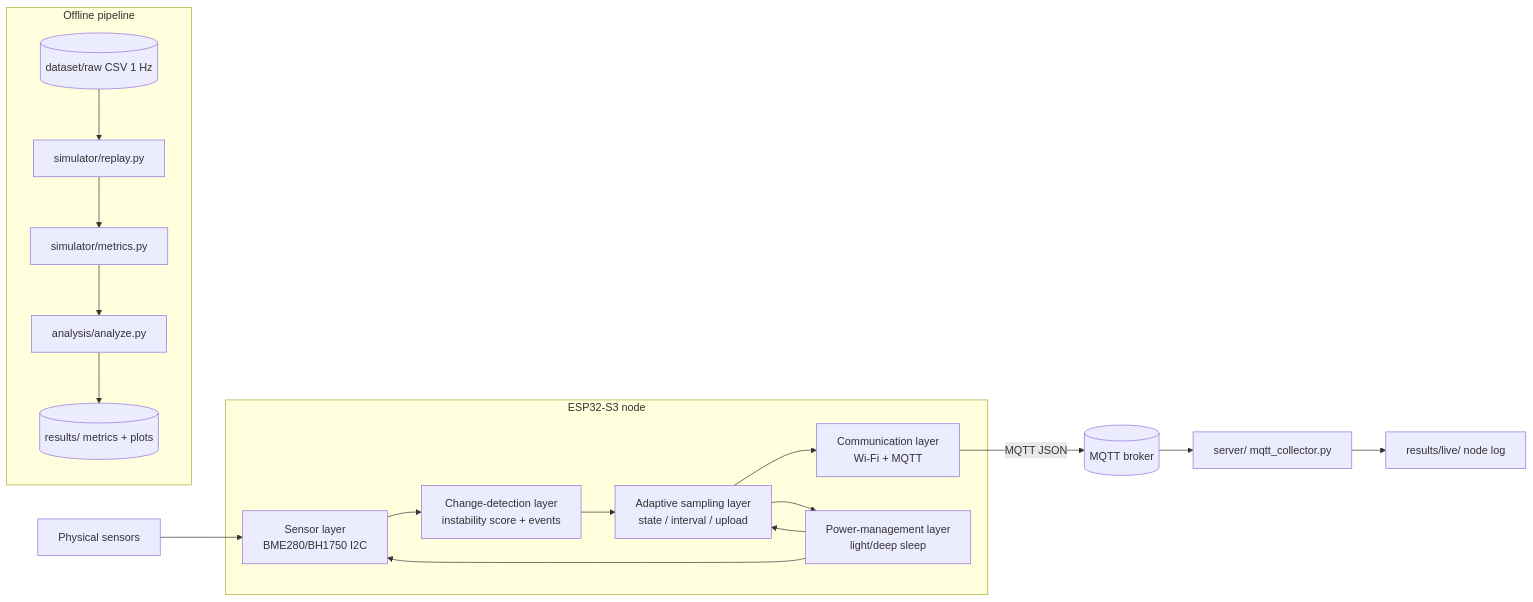
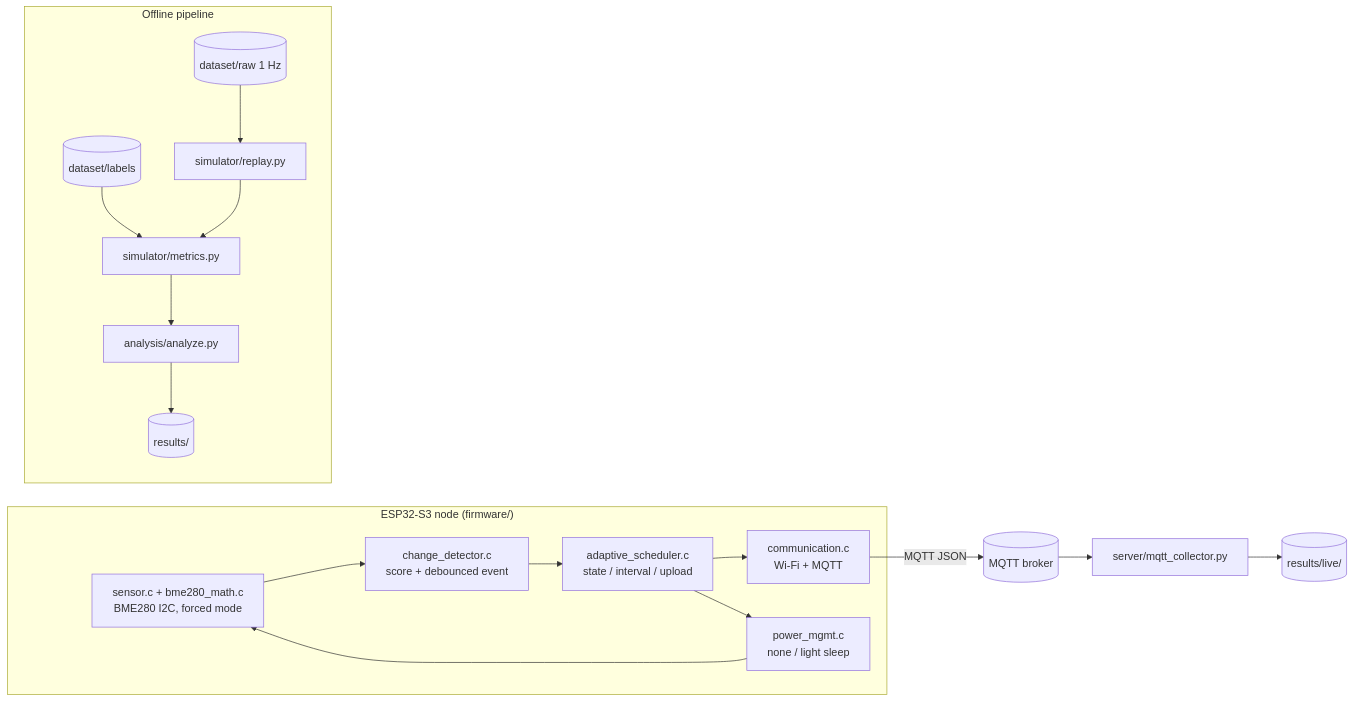
The diagram in docs/architecture.md (Sver0411/AdaptiveSense), drawn with Mermaid before and after one commit. The commit also changed other lines of this file and 118 other files, not shown here.

````diff
--- a/docs/architecture.md
+++ b/docs/architecture.md
@@ -16,22 +19,21 @@
 ```mermaid
 flowchart LR
-    subgraph Node["ESP32-S3 node"]
-        SEN[Sensor layer<br/>BME280/BH1750 I2C] --> CD[Change-detection layer<br/>instability score + events]
-        CD --> AS[Adaptive sampling layer<br/>state / interval / upload]
-        AS --> COMM[Communication layer<br/>Wi-Fi + MQTT]
-        AS --> PM[Power-management layer<br/>light/deep sleep]
+    subgraph Node["ESP32-S3 node (firmware/)"]
+        SEN["sensor.c + bme280_math.c<br/>BME280 I2C, forced mode"] --> CD["change_detector.c<br/>score + debounced event"]
+        CD --> AS["adaptive_scheduler.c<br/>state / interval / upload"]
+        AS --> COMM["communication.c<br/>Wi-Fi + MQTT"]
+        AS --> PM["power_mgmt.c<br/>none / light sleep"]
         PM --> SEN
-        PM --> AS
     end
-    SENSORS["Physical sensors"] --> SEN
     COMM -->|MQTT JSON| BROKER[(MQTT broker)]
-    BROKER --> COLLECT[server/ mqtt_collector.py]
-    COLLECT --> RESLOG[results/live/ node log]
+    BROKER --> COLLECT[server/mqtt_collector.py]
+    COLLECT --> LIVE[(results/live/)]
 
     subgraph Analysis["Offline pipeline"]
-        DAT[(dataset/raw CSV 1 Hz)] --> REPLAY[simulator/replay.py]
-        REPLAY --> MET[simulator/metrics.py]
+        RAW[(dataset/raw 1 Hz)] --> REPLAY[simulator/replay.py]
+        LAB[(dataset/labels)] --> MET[simulator/metrics.py]
+        REPLAY --> MET
         MET --> ANA[analysis/analyze.py]
-        ANA --> RES[(results/ metrics + plots)]
+        ANA --> RES[(results/)]
     end
 ```
````
